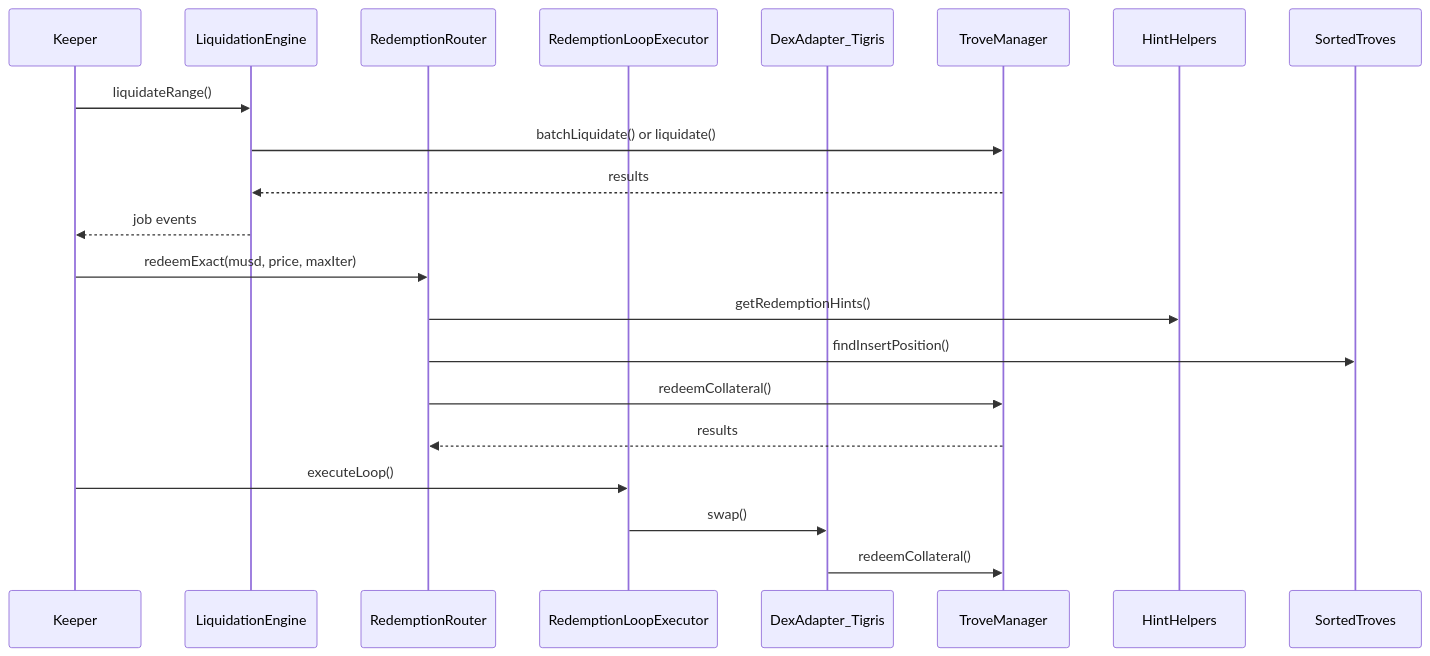
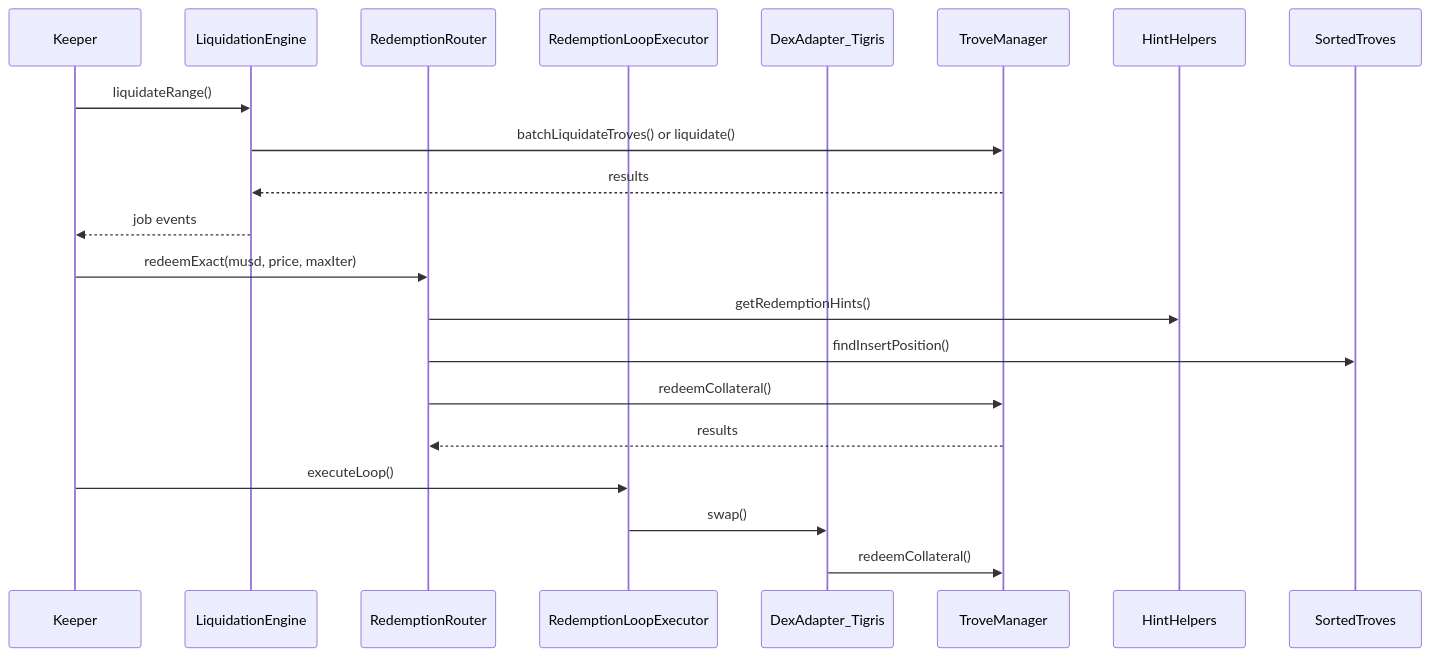
Before and after one commit to VitalR/mezo-trovepilot: the second of 3 diagrams in docs/ARCHITECTURE_V2.md, drawn with Mermaid. The commit also changed other lines of this file and 2 other files, not shown here.

Commit message:
docs: update keeper with TrovePilotEngine instance

````diff
--- a/docs/ARCHITECTURE_V2.md
+++ b/docs/ARCHITECTURE_V2.md
@@ -165,26 +165,26 @@
 ```mermaid
 sequenceDiagram
     participant Keeper
     participant LiquidationEngine
     participant RedemptionRouter
     participant RedemptionLoopExecutor
     participant DexAdapter_Tigris
     participant TroveManager
     participant HintHelpers
     participant SortedTroves
 
     Keeper->>LiquidationEngine: liquidateRange()
-    LiquidationEngine->>TroveManager: batchLiquidate() or liquidate()
+    LiquidationEngine->>TroveManager: batchLiquidateTroves() or liquidate()
     TroveManager-->>LiquidationEngine: results
     LiquidationEngine-->>Keeper: job events
 
     Keeper->>RedemptionRouter: redeemExact(musd, price, maxIter)
     RedemptionRouter->>HintHelpers: getRedemptionHints()
     RedemptionRouter->>SortedTroves: findInsertPosition()
     RedemptionRouter->>TroveManager: redeemCollateral()
     TroveManager-->>RedemptionRouter: results
 
     Keeper->>RedemptionLoopExecutor: executeLoop()
     RedemptionLoopExecutor->>DexAdapter_Tigris: swap()
     DexAdapter_Tigris->>TroveManager: redeemCollateral()
 ```
````
